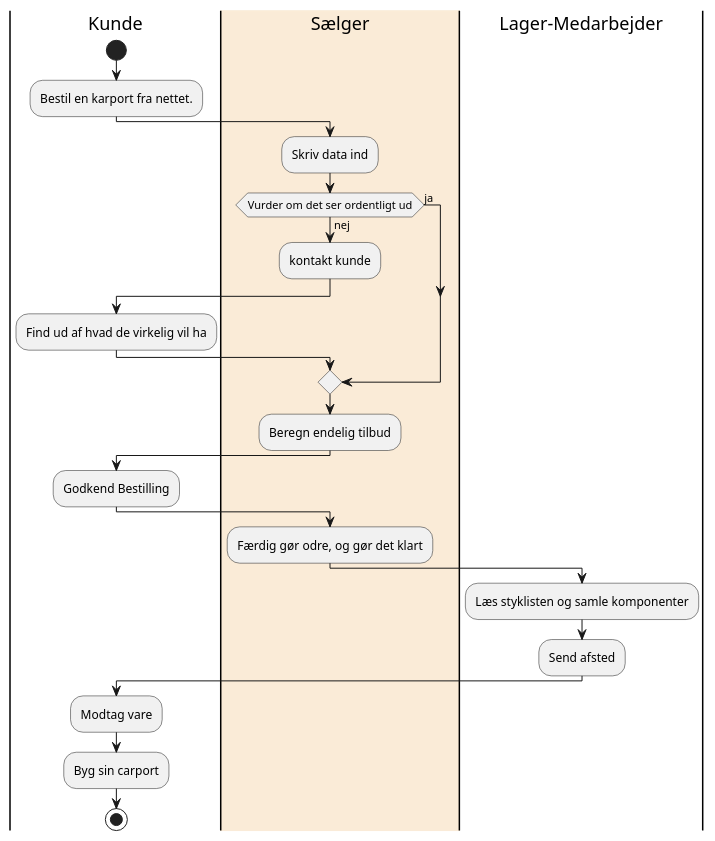
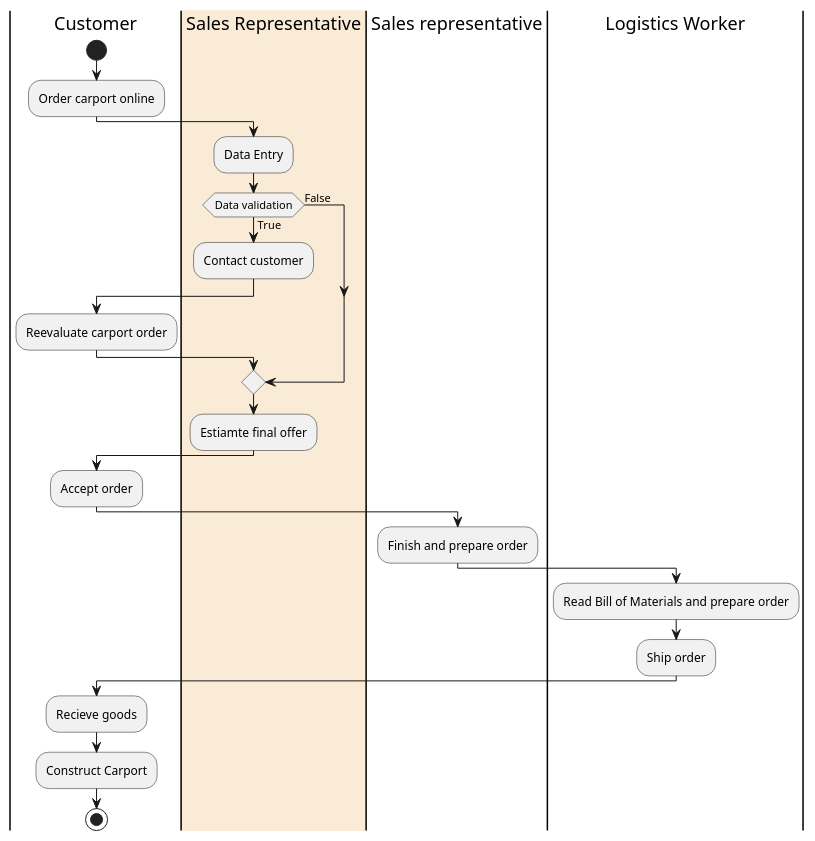
One commit to cph-mn521/FOG changed the diagram in src/main/resources/Activitet-noIT.puml. Above: the diagram before and after it, drawn with PlantUML. The commit also changed 1 other file, not shown here.

Commit message:
uml oversættelse

```diff
--- a/src/main/resources/Activitet-noIT.puml
+++ b/src/main/resources/Activitet-noIT.puml
@@ -1,26 +1,26 @@
-@startuml
-|Kunde|
+@startuml 
+|Customer|
 start
-:Bestil en karport fra nettet.;
-|#AntiqueWhite|Sælger|
-:Skriv data ind;
-if(Vurder om det ser ordentligt ud)  then (nej)
-:kontakt kunde;
-|Kunde|
-:Find ud af hvad de virkelig vil ha;
-else(ja) 
+:Order carport online;
+|#AntiqueWhite|Sales Representative|
+:Data Entry;
+if(Data validation)  then (True)
+:Contact customer;
+|Customer|
+:Reevaluate carport order;
+else(False) 
 endif
-|Sælger|
-:Beregn endelig tilbud;
-|Kunde|
-:Godkend Bestilling;
-|Sælger|
-:Færdig gør odre, og gør det klart;
-|Lager-Medarbejder|
-:Læs styklisten og samle komponenter;
-:Send afsted;
-|Kunde|
-:Modtag vare;
-:Byg sin carport;
+|Sales Representative|
+:Estiamte final offer;
+|Customer|
+:Accept order;
+|Sales representative|
+:Finish and prepare order;
+|Logistics Worker|
+:Read Bill of Materials and prepare order;
+:Ship order;
+|Customer|
+:Recieve goods;
+:Construct Carport;
 stop
 @enduml
```
